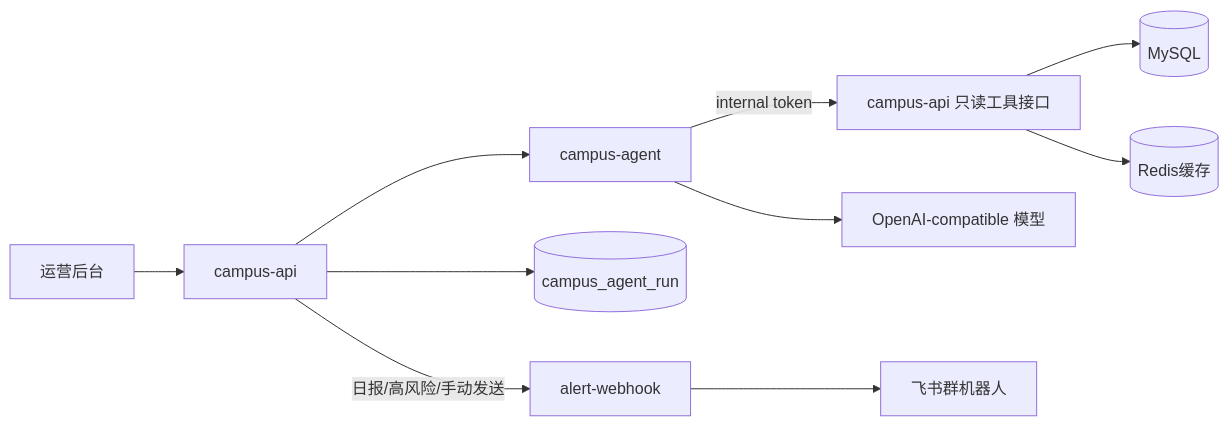
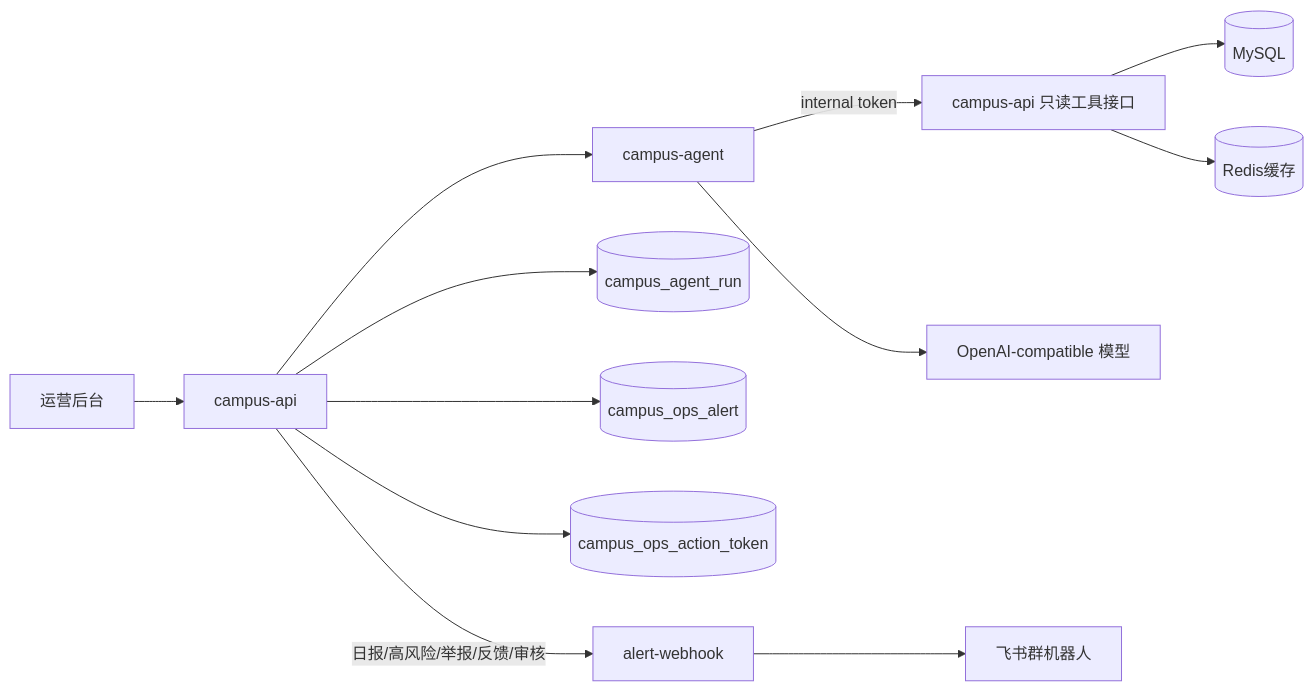
Before and after one commit to tangfire/lehu-video: the first of 3 diagrams in docs/agent-copilot.md, drawn with Mermaid. The commit also changed other lines of this file and 23 other files, not shown here.

````diff
--- a/docs/agent-copilot.md
+++ b/docs/agent-copilot.md
@@ -7,12 +9,14 @@
 ```mermaid
 flowchart LR
     Admin[运营后台] --> API[campus-api]
     API --> Agent[campus-agent]
     Agent -->|internal token| Tools[campus-api 只读工具接口]
     Tools --> MySQL[(MySQL)]
     Tools --> Redis[(Redis缓存)]
     Agent --> Model[OpenAI-compatible 模型]
     API --> Runs[(campus_agent_run)]
-    API -->|日报/高风险/手动发送| Alert[alert-webhook]
+    API --> Alerts[(campus_ops_alert)]
+    API --> Tokens[(campus_ops_action_token)]
+    API -->|日报/高风险/举报/反馈/审核| Alert[alert-webhook]
     Alert --> Feishu[飞书群机器人]
 ```
````
